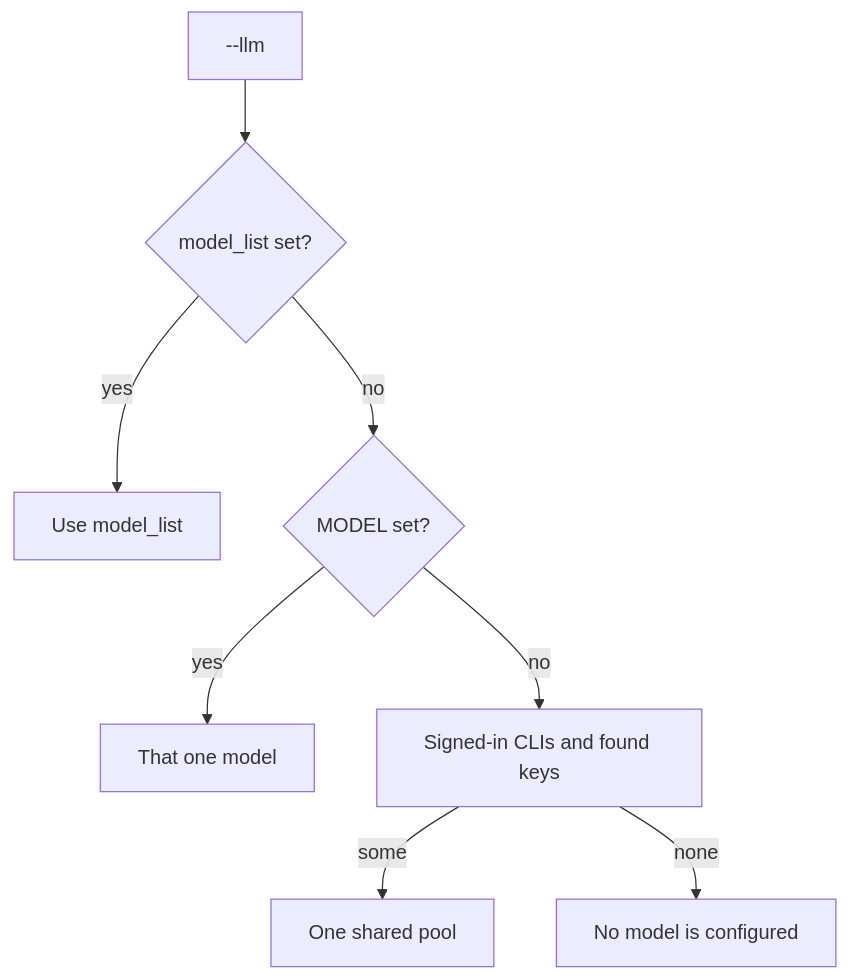
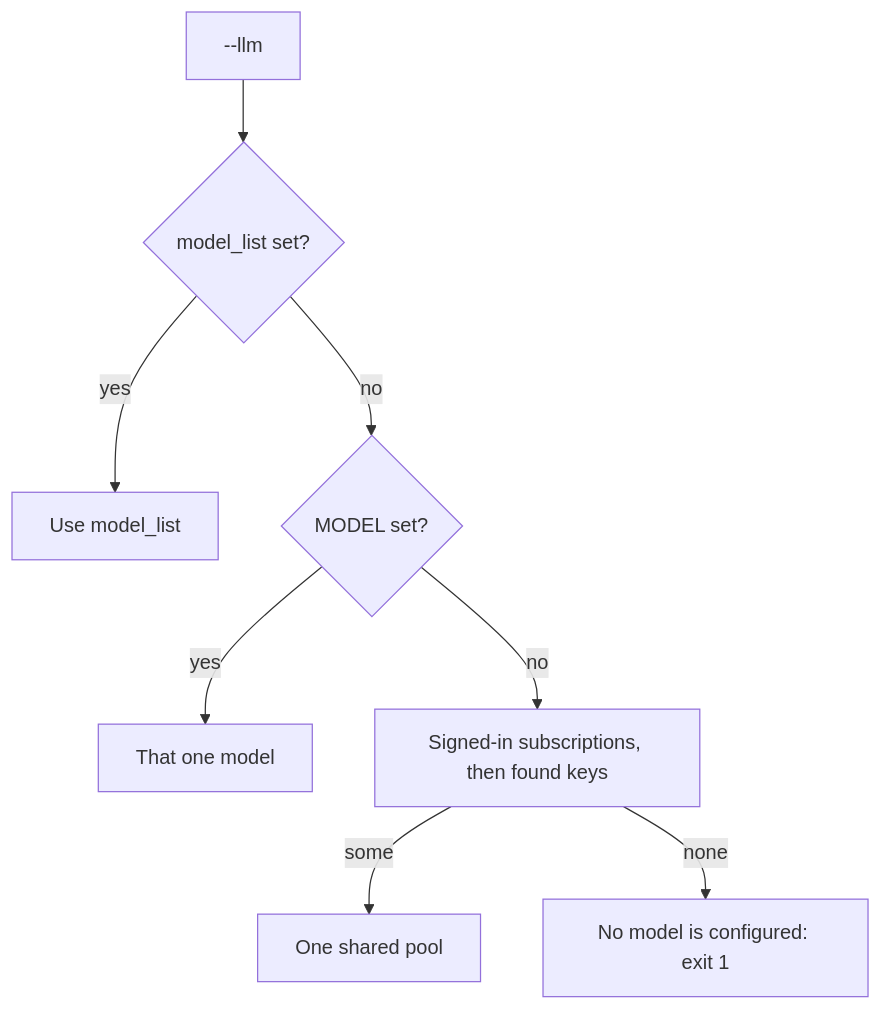
Before and after one commit to Ynewtime/markitai: the second of 4 diagrams in website/guide/configuration.md, drawn with Mermaid. The commit also changed other lines of this file and 38 other files, not shown here.

````diff
--- a/website/guide/configuration.md
+++ b/website/guide/configuration.md
@@ -304,10 +296,10 @@
 ```mermaid
 flowchart TD
   A["--llm"] --> B{"model_list set?"}
   B -->|yes| L[Use model_list]
   B -->|no| C{"MODEL set?"}
   C -->|yes| M[That one model]
-  C -->|no| D["Signed-in CLIs and found keys"]
+  C -->|no| D["Signed-in subscriptions, then found keys"]
   D -->|some| P["One shared pool"]
-  D -->|none| E["No model is configured"]
+  D -->|none| E["No model is configured: exit 1"]
 ```
````
